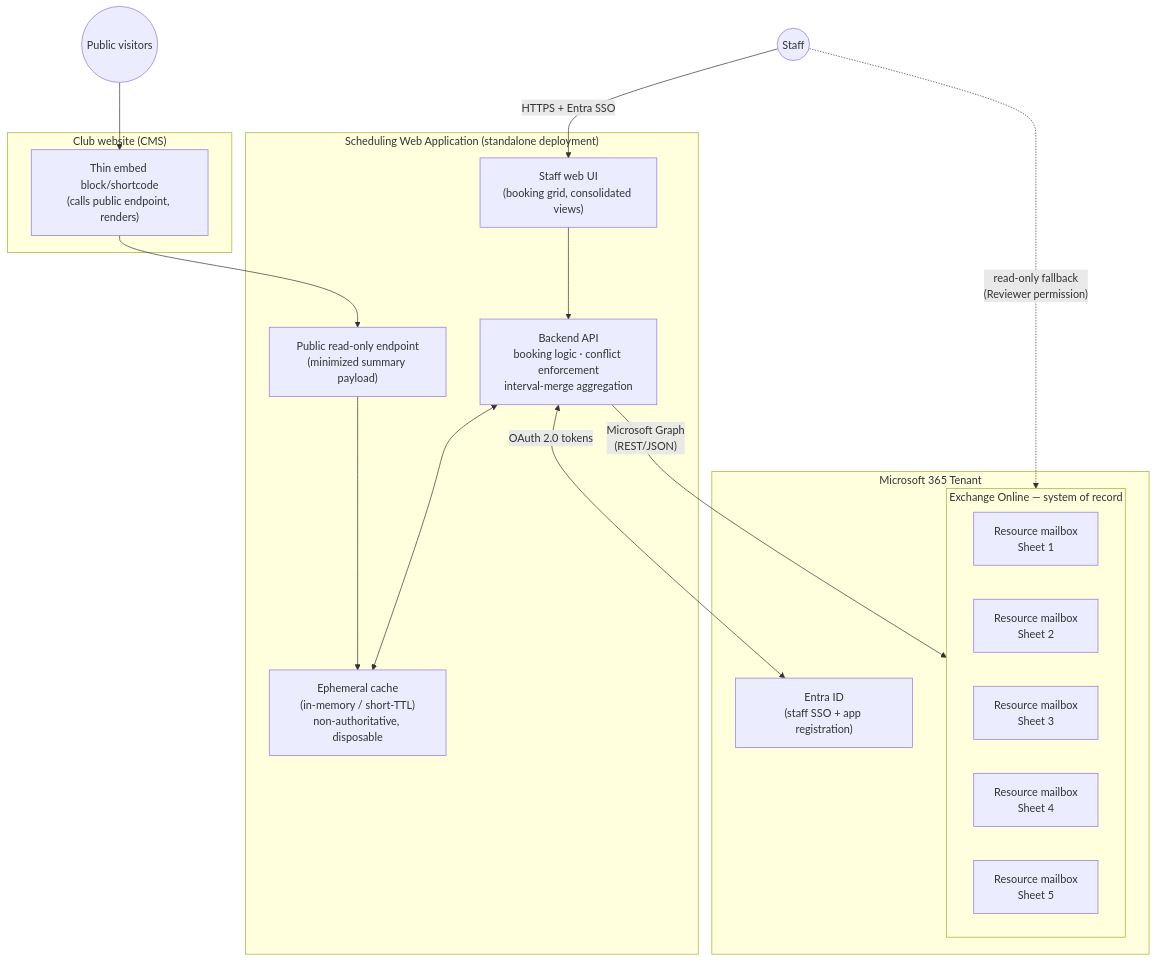
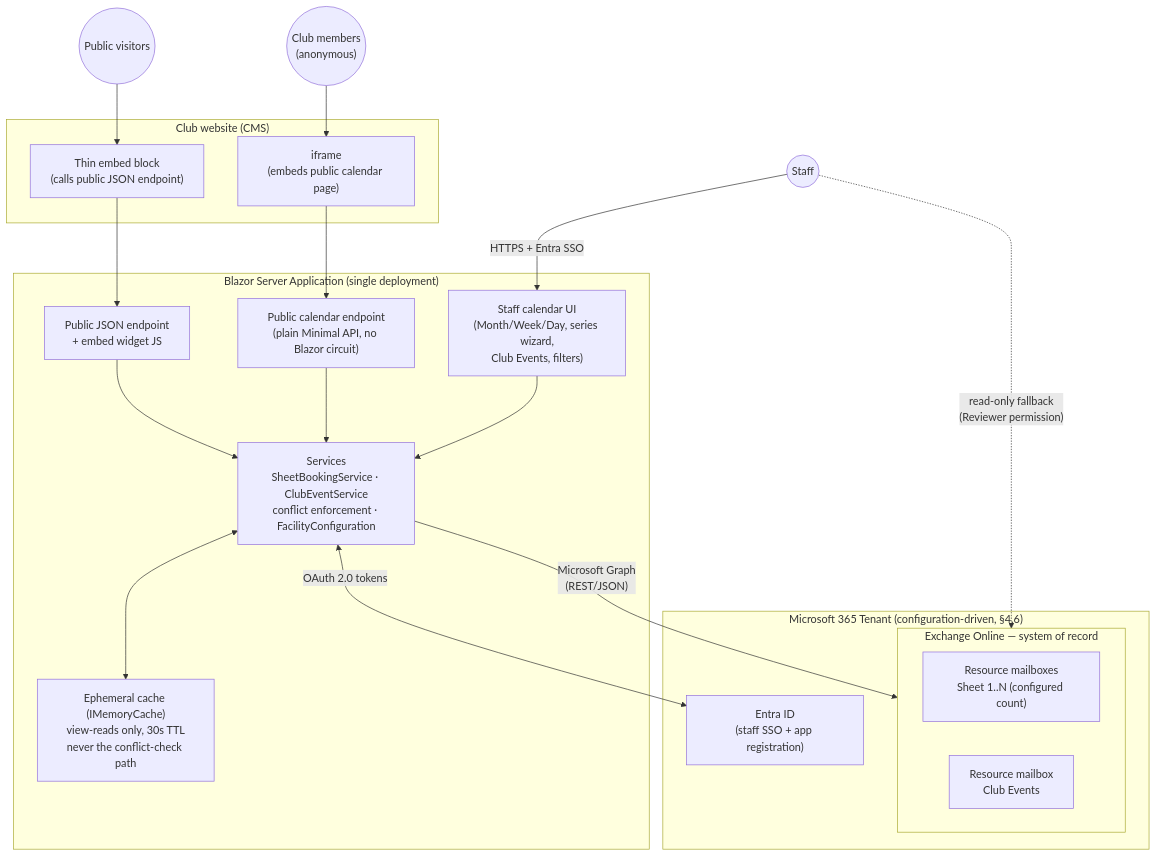
One commit to canthe64/Club_Calendar changed the diagram in docs/curling-facility-scheduling-architecture.md. Above: the diagram before and after it, drawn with Mermaid. The commit also changed other lines of this file and 25 other files, not shown here.

````diff
--- a/docs/curling-facility-scheduling-architecture.md
+++ b/docs/curling-facility-scheduling-architecture.md
@@ -66,35 +72,37 @@
 ```mermaid
 flowchart TB
-    subgraph M365 ["Microsoft 365 Tenant"]
+    subgraph M365 ["Microsoft 365 Tenant (configuration-driven, §4.6)"]
         EID["Entra ID<br/>(staff SSO + app registration)"]
         subgraph EXO ["Exchange Online — system of record"]
-            S1["Resource mailbox<br/>Sheet 1"]
-            S2["Resource mailbox<br/>Sheet 2"]
-            S3["Resource mailbox<br/>Sheet 3"]
-            S4["Resource mailbox<br/>Sheet 4"]
-            S5["Resource mailbox<br/>Sheet 5"]
+            SN["Resource mailboxes<br/>Sheet 1..N (configured count)"]
+            CE["Resource mailbox<br/>Club Events"]
         end
     end
 
-    subgraph App ["Scheduling Web Application (standalone deployment)"]
-        UI["Staff web UI<br/>(booking grid, consolidated views)"]
-        API["Backend API<br/>booking logic · conflict enforcement<br/>interval-merge aggregation"]
-        CACHE["Ephemeral cache<br/>(in-memory / short-TTL)<br/>non-authoritative, disposable"]
-        PUB["Public read-only endpoint<br/>(minimized summary payload)"]
+    subgraph App ["Blazor Server Application (single deployment)"]
+        UI["Staff calendar UI<br/>(Month/Week/Day, series wizard,<br/>Club Events, filters)"]
+        API["Services<br/>SheetBookingService · ClubEventService<br/>conflict enforcement · FacilityConfiguration"]
+        CACHE["Ephemeral cache (IMemoryCache)<br/>view-reads only, 30s TTL<br/>never the conflict-check path"]
+        PUBAPI["Public JSON endpoint<br/>+ embed widget JS"]
+        PUBCAL["Public calendar endpoint<br/>(plain Minimal API, no Blazor circuit)"]
     end
 
     subgraph Web ["Club website (CMS)"]
-        EMBED["Thin embed block/shortcode<br/>(calls public endpoint, renders)"]
+        EMBED["Thin embed block<br/>(calls public JSON endpoint)"]
+        IFRAME["iframe<br/>(embeds public calendar page)"]
     end
 
     STAFF(("Staff")) -->|"HTTPS + Entra SSO"| UI
+    MEMBER(("Club members<br/>(anonymous)")) --> IFRAME
     ANON(("Public visitors")) --> EMBED
     STAFF -.->|"read-only fallback<br/>(Reviewer permission)"| EXO
 
     UI --> API
     API <--> CACHE
     API -->|"Microsoft Graph<br/>(REST/JSON)"| EXO
     API <-->|"OAuth 2.0 tokens"| EID
-    EMBED --> PUB
-    PUB --> CACHE
+    EMBED --> PUBAPI
+    IFRAME --> PUBCAL
+    PUBAPI --> API
+    PUBCAL --> API
 ```
````
